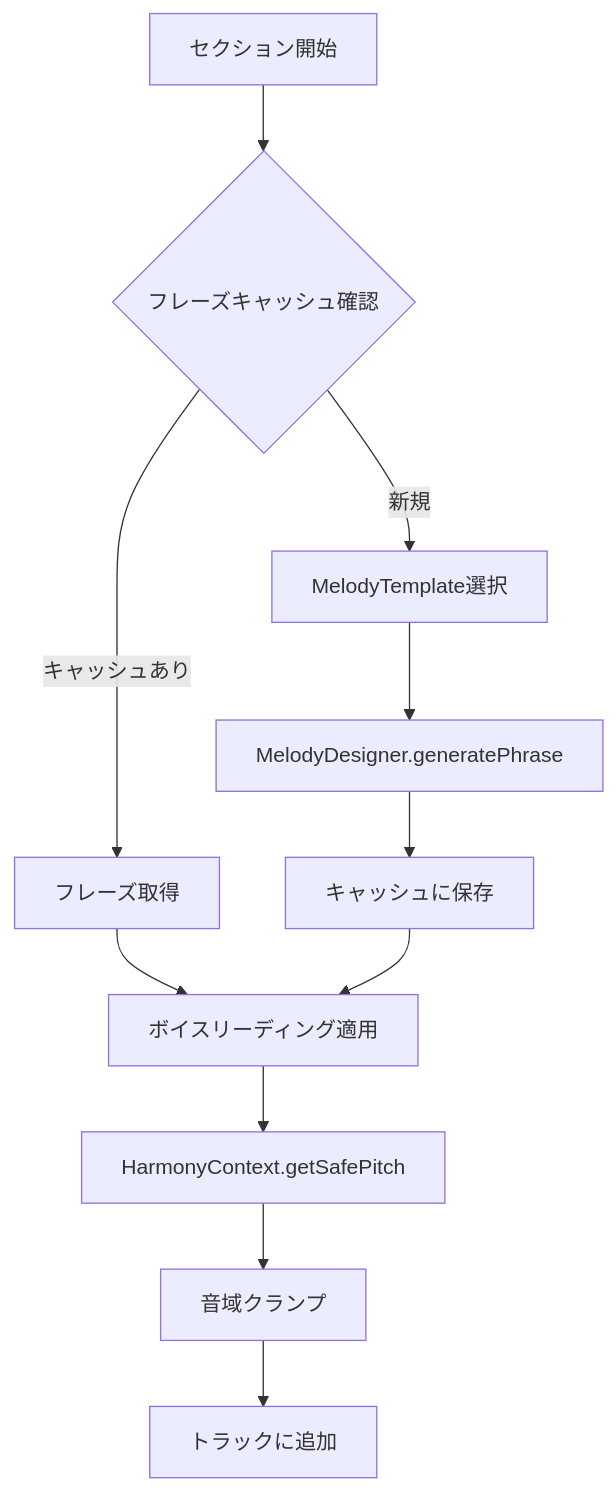
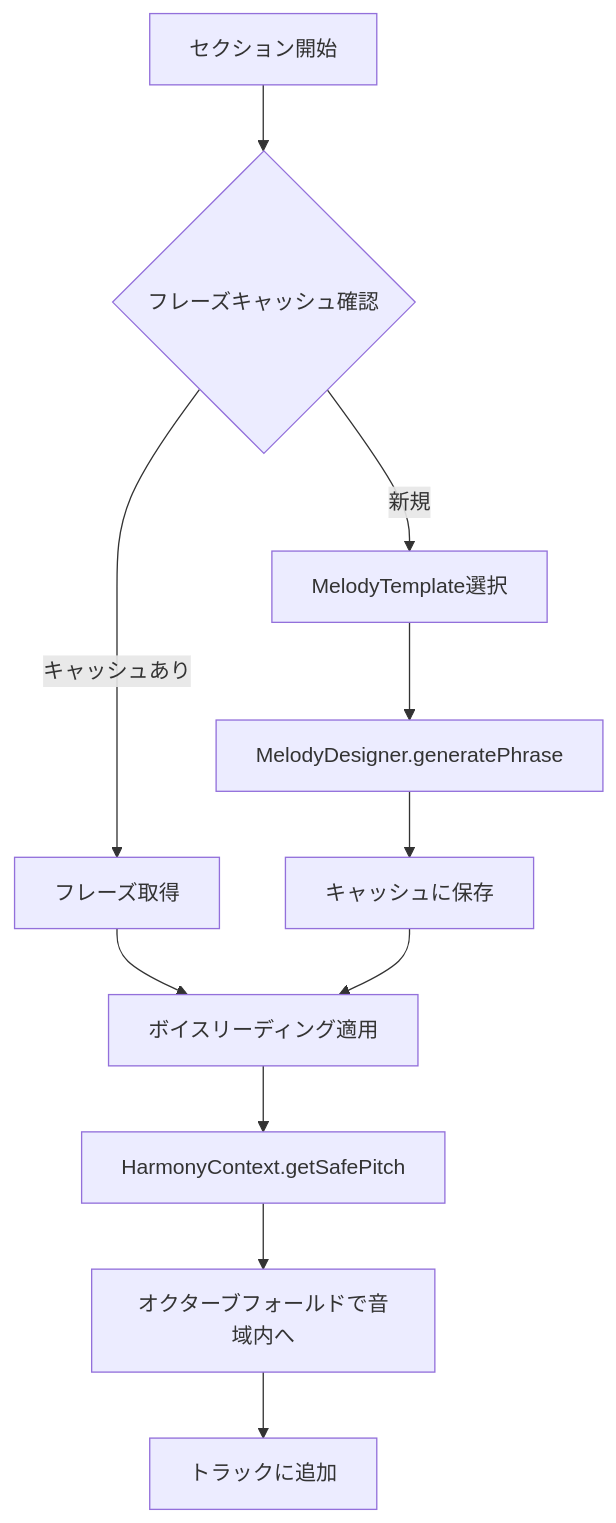
The third of 9 diagrams in src/ja/docs/track-generators.md (libraz/midi-sketch-homepage), drawn with Mermaid before and after one commit. The commit also changed other lines of this file and 91 other files, not shown here.

````diff
--- a/src/ja/docs/track-generators.md
+++ b/src/ja/docs/track-generators.md
@@ -99,13 +103,13 @@
 ```mermaid
 flowchart TD
     A[セクション開始] --> B{フレーズキャッシュ確認}
     B -->|キャッシュあり| C[フレーズ取得]
     B -->|新規| D[MelodyTemplate選択]
     D --> E[MelodyDesigner.generatePhrase]
     E --> F[キャッシュに保存]
     C --> G[ボイスリーディング適用]
     F --> G
     G --> H[HarmonyContext.getSafePitch]
-    H --> I[音域クランプ]
+    H --> I[オクターブフォールドで音域内へ]
     I --> J[トラックに追加]
 ```
````
